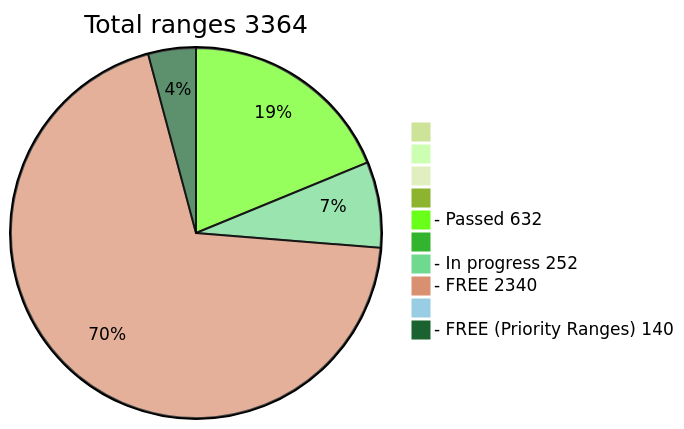
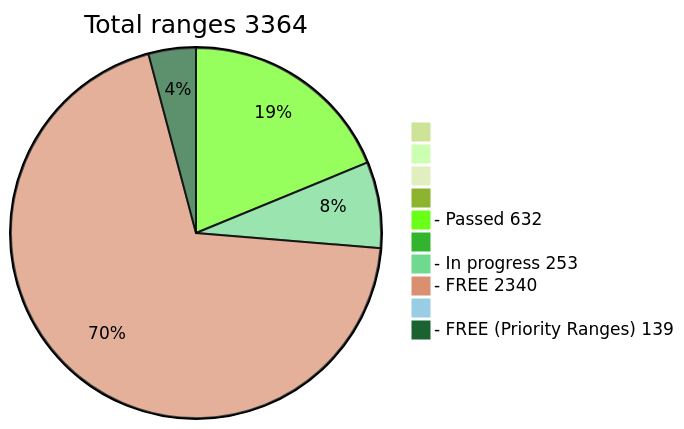
One commit to phrutis/wif500 changed the diagram in README.md. Above: the diagram before and after it, drawn with Mermaid (forest theme).

````diff
--- a/README.md
+++ b/README.md
@@ -16,13 +16,13 @@
 ```mermaid
 pie title Total ranges 3364
              " " : 0
             "  " : 0
            "   " : 0
           "    " : 0
   "- Passed 632" : 632
          "     " : 0
-  "- In progress 252" : 252
+  "- In progress 253" : 253
    "- FREE 2340" : 2340
         "      " : 0
-  "- FREE (Priority Ranges) 140" : 140
+  "- FREE (Priority Ranges) 139" : 139
 ```
````
